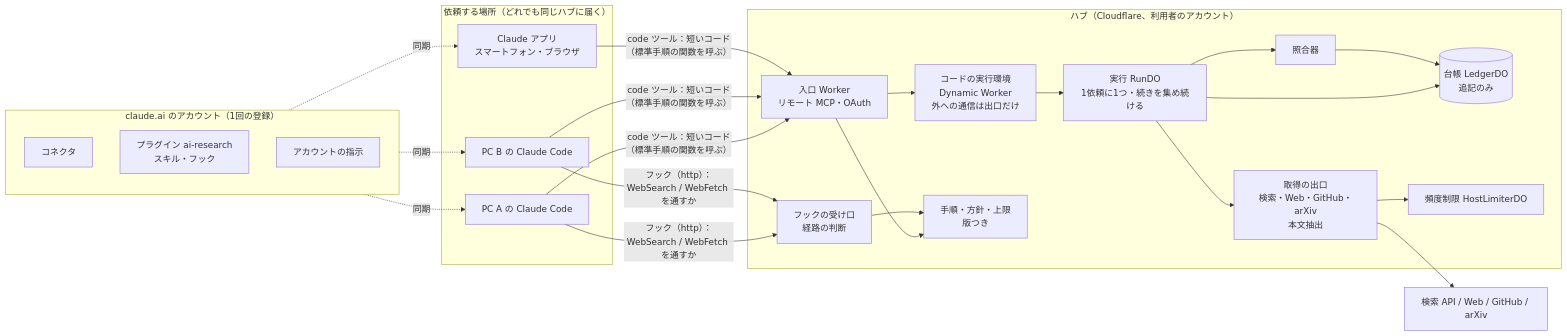
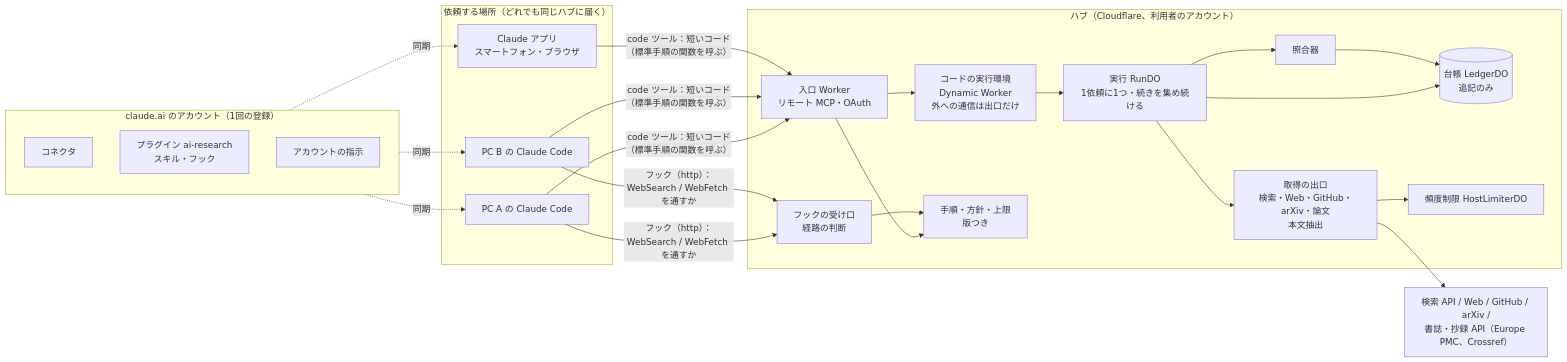
The diagram in docs/02-architecture.md (ryo-morimoto/ai-research), drawn with Mermaid before and after one commit. The commit also changed other lines of this file and 3 other files, not shown here.

````diff
--- a/docs/02-architecture.md
+++ b/docs/02-architecture.md
@@ -51,38 +55,38 @@
 ```mermaid
 flowchart LR
   subgraph 依頼する場所["依頼する場所（どれでも同じハブに届く）"]
     C1[PC A の Claude Code]
     C2[PC B の Claude Code]
     C3[Claude アプリ<br/>スマートフォン・ブラウザ]
   end
   subgraph ACC["claude.ai のアカウント（1回の登録）"]
     CON[コネクタ]
     PLG[プラグイン ai-research<br/>スキル・フック]
     INS[アカウントの指示]
   end
   ACC -.同期.-> C1 & C2 & C3
   C1 & C2 -->|"フック（http）：<br/>WebSearch / WebFetch を通すか"| HK
   C1 & C2 & C3 -->|"code ツール：短いコード<br/>（標準手順の関数を呼ぶ）"| MCP
 
   subgraph HUB["ハブ（Cloudflare、利用者のアカウント）"]
     MCP[入口 Worker<br/>リモート MCP・OAuth]
     HK[フックの受け口<br/>経路の判断]
     SB[コードの実行環境<br/>Dynamic Worker<br/>外への通信は出口だけ]
     RUN[実行 RunDO<br/>1依頼に1つ・続きを集め続ける]
     LED[(台帳 LedgerDO<br/>追記のみ)]
     VER[照合器]
-    FET[取得の出口<br/>検索・Web・GitHub・arXiv<br/>本文抽出]
+    FET[取得の出口<br/>検索・Web・GitHub・arXiv・論文<br/>本文抽出]
     LIM[頻度制限 HostLimiterDO]
     CFG[手順・方針・上限<br/>版つき]
     MCP --> SB
     SB --> RUN
     RUN --> LED
     RUN --> FET
     RUN --> VER
     VER --> LED
     FET --> LIM
     MCP --> CFG
     HK --> CFG
   end
-  FET --> EXT[検索 API / Web / GitHub / arXiv]
+  FET --> EXT[検索 API / Web / GitHub / arXiv /<br/>書誌・抄録 API（Europe PMC、Crossref）]
 ```
````
